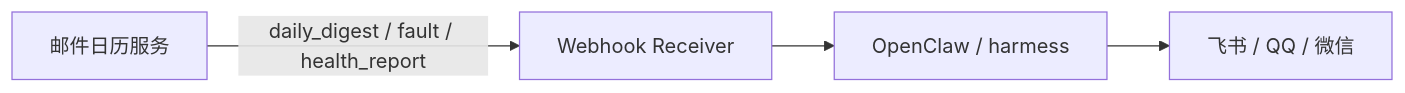
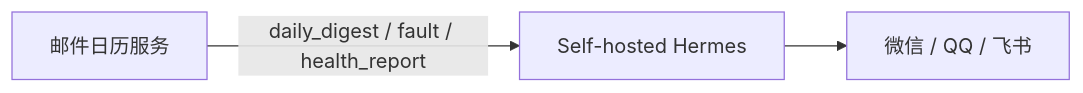
Before and after one commit to whitesweater/outlook-event-automation: the second of 2 diagrams in README.md, drawn with Mermaid. The commit also changed other lines of this file and 9 other files, not shown here.

````diff
--- a/README.md
+++ b/README.md
@@ -149,6 +164,5 @@
 ```mermaid
 flowchart LR
-  A["邮件日历服务"] -->|"daily_digest / fault / health_report"| B["Webhook Receiver"]
-  B --> C["OpenClaw / harmess"]
-  C --> D["飞书 / QQ / 微信"]
+  A["邮件日历服务"] -->|"daily_digest / fault / health_report"| B["Self-hosted Hermes"]
+  B --> C["微信 / QQ / 飞书"]
 ```
````
